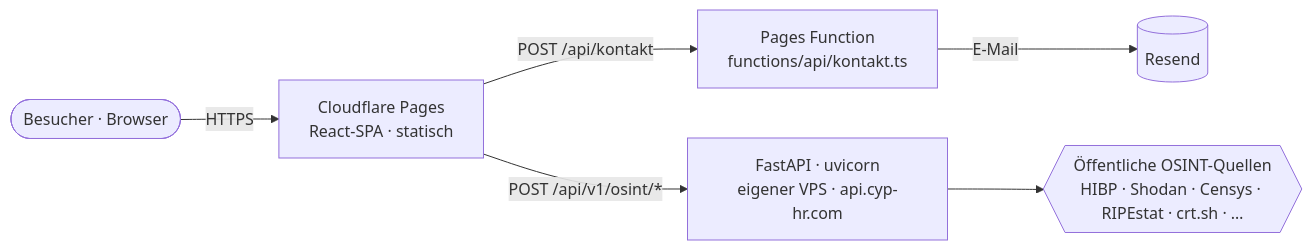
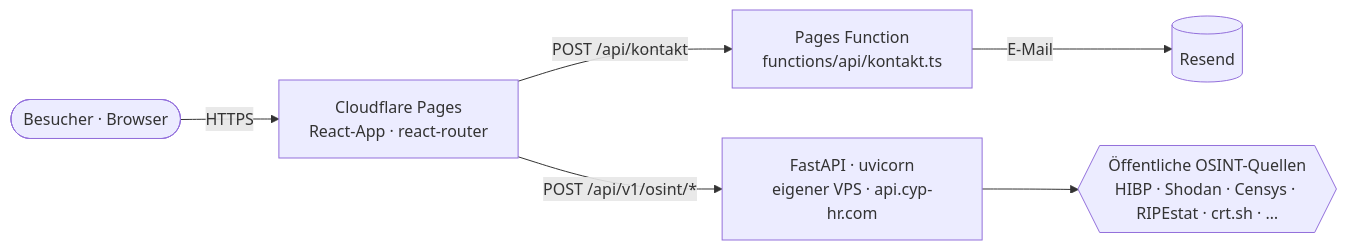
Before and after one commit to NEO849/neo-portfolio: the first of 3 diagrams in README.md, drawn with Mermaid. The commit also changed other lines of this file and 7 other files, not shown here.

````diff
--- a/README.md
+++ b/README.md
@@ -146,8 +108,8 @@
 ```mermaid
 flowchart LR
-    U([Besucher · Browser]) -->|HTTPS| CF[Cloudflare Pages<br/>React-SPA · statisch]
+    U([Besucher · Browser]) -->|HTTPS| CF[Cloudflare Pages<br/>React-App · react-router]
     CF -->|POST /api/kontakt| FN[Pages Function<br/>functions/api/kontakt.ts]
     FN -->|E-Mail| RS[(Resend)]
     CF -->|POST /api/v1/osint/*| API[FastAPI · uvicorn<br/>eigener VPS · api.cyp-hr.com]
     API --> SRC{{Öffentliche OSINT-Quellen<br/>HIBP · Shodan · Censys · RIPEstat · crt.sh · …}}
 ```
````
